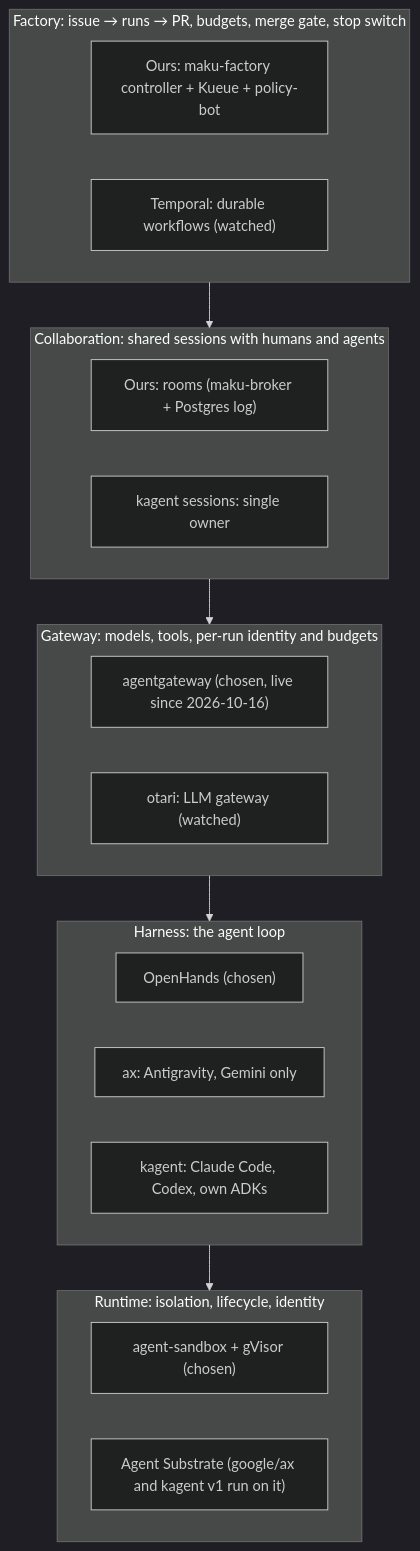
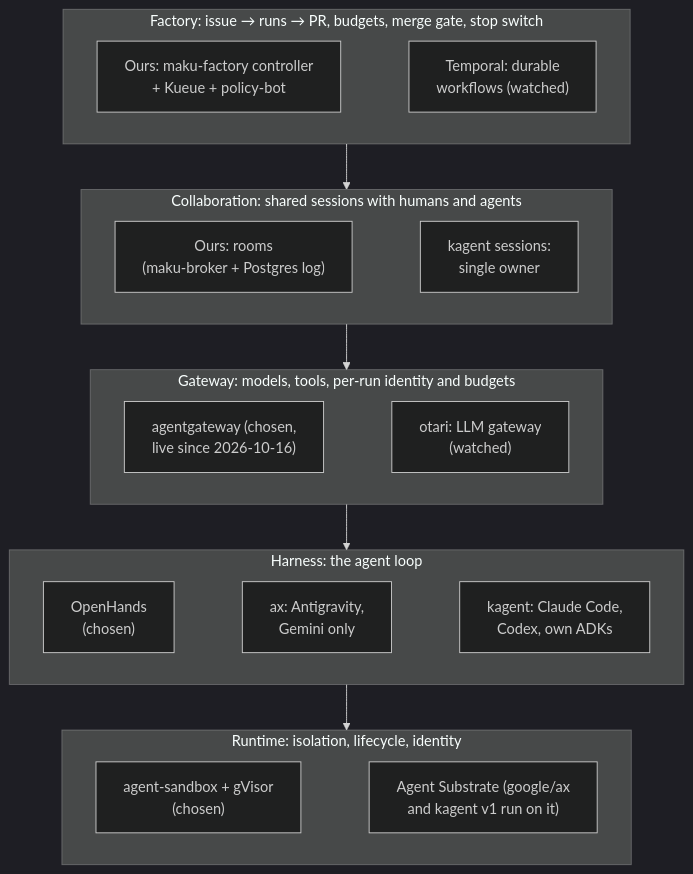
The diagram in website/content/docs/platform/ai-platform/agents/alternatives.md (Smana/ai-native-ref), drawn with Mermaid (dark theme) before and after one commit. The commit also changed 4 other files, not shown here.

First line of the commit message:
docs(site): reshape the long mermaid diagrams so they read at page width (#278)

````diff
--- a/website/content/docs/platform/ai-platform/agents/alternatives.md
+++ b/website/content/docs/platform/ai-platform/agents/alternatives.md
@@ -40,25 +40,25 @@
 ```mermaid
+%%{init: {"flowchart": {"wrappingWidth": 400}}}%%
 flowchart TB
   subgraph L5["Factory: issue → runs → PR, budgets, merge gate, stop switch"]
-    F5["Ours: maku-factory controller + Kueue + policy-bot"]
-    T5["Temporal: durable workflows (watched)"]
+    direction LR
+    F5["Ours: maku-factory controller<br/>+ Kueue + policy-bot"] ~~~ T5["Temporal: durable<br/>workflows (watched)"]
   end
   subgraph L4["Collaboration: shared sessions with humans and agents"]
-    F4["Ours: rooms (maku-broker + Postgres log)"]
-    K4["kagent sessions: single owner"]
+    direction LR
+    F4["Ours: rooms<br/>(maku-broker + Postgres log)"] ~~~ K4["kagent sessions:<br/>single owner"]
   end
   subgraph L3["Gateway: models, tools, per-run identity and budgets"]
-    F3["agentgateway (chosen, live since 2026-10-16)"]
-    O3["otari: LLM gateway (watched)"]
+    direction LR
+    F3["agentgateway (chosen,<br/>live since 2026-10-16)"] ~~~ O3["otari: LLM gateway<br/>(watched)"]
   end
   subgraph L2["Harness: the agent loop"]
-    F2["OpenHands (chosen)"]
-    A2["ax: Antigravity, Gemini only"]
-    K2["kagent: Claude Code, Codex, own ADKs"]
+    direction LR
+    F2["OpenHands<br/>(chosen)"] ~~~ A2["ax: Antigravity,<br/>Gemini only"] ~~~ K2["kagent: Claude Code,<br/>Codex, own ADKs"]
   end
   subgraph L1["Runtime: isolation, lifecycle, identity"]
-    F1["agent-sandbox + gVisor (chosen)"]
-    S1["Agent Substrate (google/ax and kagent v1 run on it)"]
+    direction LR
+    F1["agent-sandbox + gVisor<br/>(chosen)"] ~~~ S1["Agent Substrate (google/ax<br/>and kagent v1 run on it)"]
   end
   L5 --> L4 --> L3 --> L2 --> L1
 ```
````
